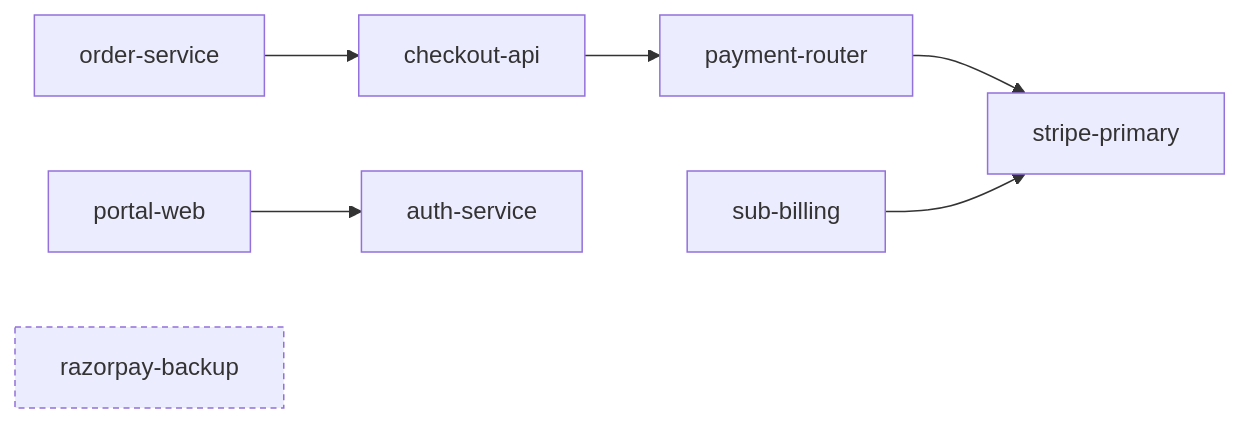
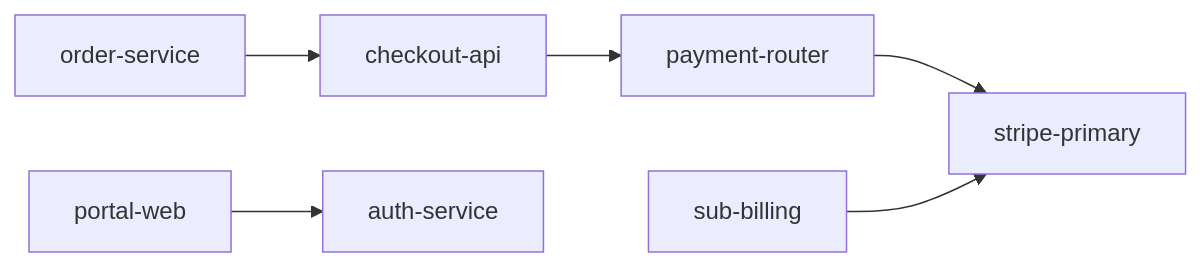
One commit to Saurabhgupta1qz/SentinelTwin changed the diagram in docs/SIMULATION_MODEL.md. Above: the diagram before and after it, drawn with Mermaid. The commit also changed other lines of this file and 4 other files, not shown here.

````diff
--- a/docs/SIMULATION_MODEL.md
+++ b/docs/SIMULATION_MODEL.md
@@ -62,10 +59,8 @@
 ```mermaid
 graph LR
     payment-router --> stripe-primary
     checkout-api --> payment-router
     order-service --> checkout-api
     sub-billing --> stripe-primary
     portal-web --> auth-service
-    razorpay-backup:::standby
-    classDef standby stroke-dasharray: 4 3
 ```
````
